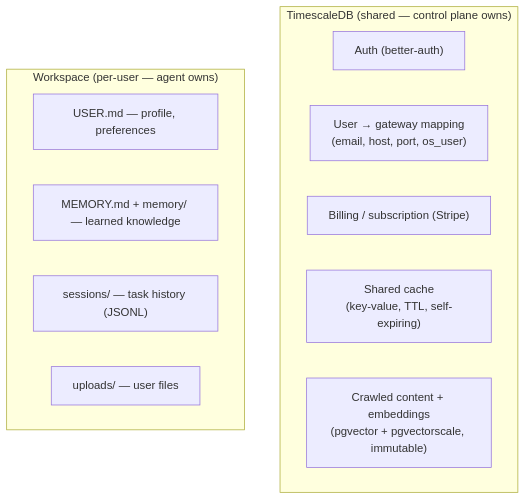
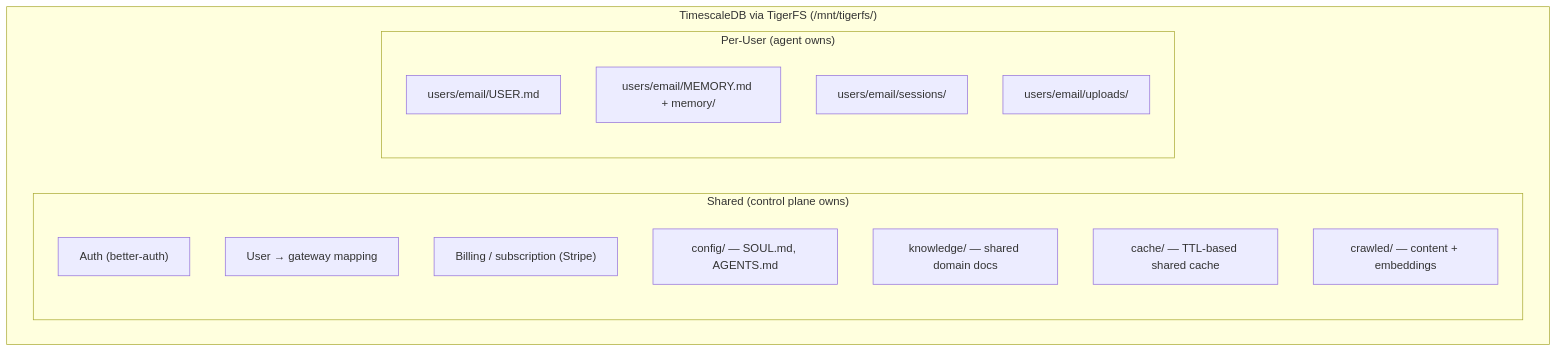
One commit to 1qh/claw changed the diagram in brainstorm/data-layer.md. Above: the diagram before and after it, drawn with Mermaid. The commit also changed other lines of this file and 2 other files, not shown here.

Commit message:
Update all docs with full TimescaleDB capabilities: pgai, continuous aggregates, compression, background jobs, TigerFS unification

````diff
--- a/brainstorm/data-layer.md
+++ b/brainstorm/data-layer.md
@@ -9,17 +9,21 @@
 ```mermaid
 graph TB
-    subgraph "TimescaleDB (shared — control plane owns)"
-        AUTH["Auth (better-auth)"]
-        ROUTE["User → gateway mapping\n(email, host, port, os_user)"]
-        BILL["Billing / subscription (Stripe)"]
-        CACHE["Shared cache\n(key-value, TTL, self-expiring)"]
-        INTEL["Crawled content + embeddings\n(pgvector + pgvectorscale, immutable)"]
-    end
+    subgraph "TimescaleDB via TigerFS (/mnt/tigerfs/)"
+        subgraph "Shared (control plane owns)"
+            AUTH["Auth (better-auth)"]
+            ROUTE["User → gateway mapping"]
+            BILL["Billing / subscription (Stripe)"]
+            CONFIG["config/ — SOUL.md, AGENTS.md"]
+            KNOW["knowledge/ — shared domain docs"]
+            CACHE["cache/ — TTL-based shared cache"]
+            INTEL["crawled/ — content + embeddings"]
+        end
 
-    subgraph "Workspace (per-user — agent owns)"
-        USER["USER.md — profile, preferences"]
-        MEM["MEMORY.md + memory/ — learned knowledge"]
-        SESS["sessions/ — task history (JSONL)"]
-        FILES["uploads/ — user files"]
+        subgraph "Per-User (agent owns)"
+            USER["users/email/USER.md"]
+            MEM["users/email/MEMORY.md + memory/"]
+            SESS["users/email/sessions/"]
+            FILES["users/email/uploads/"]
+        end
     end
 ```
````
